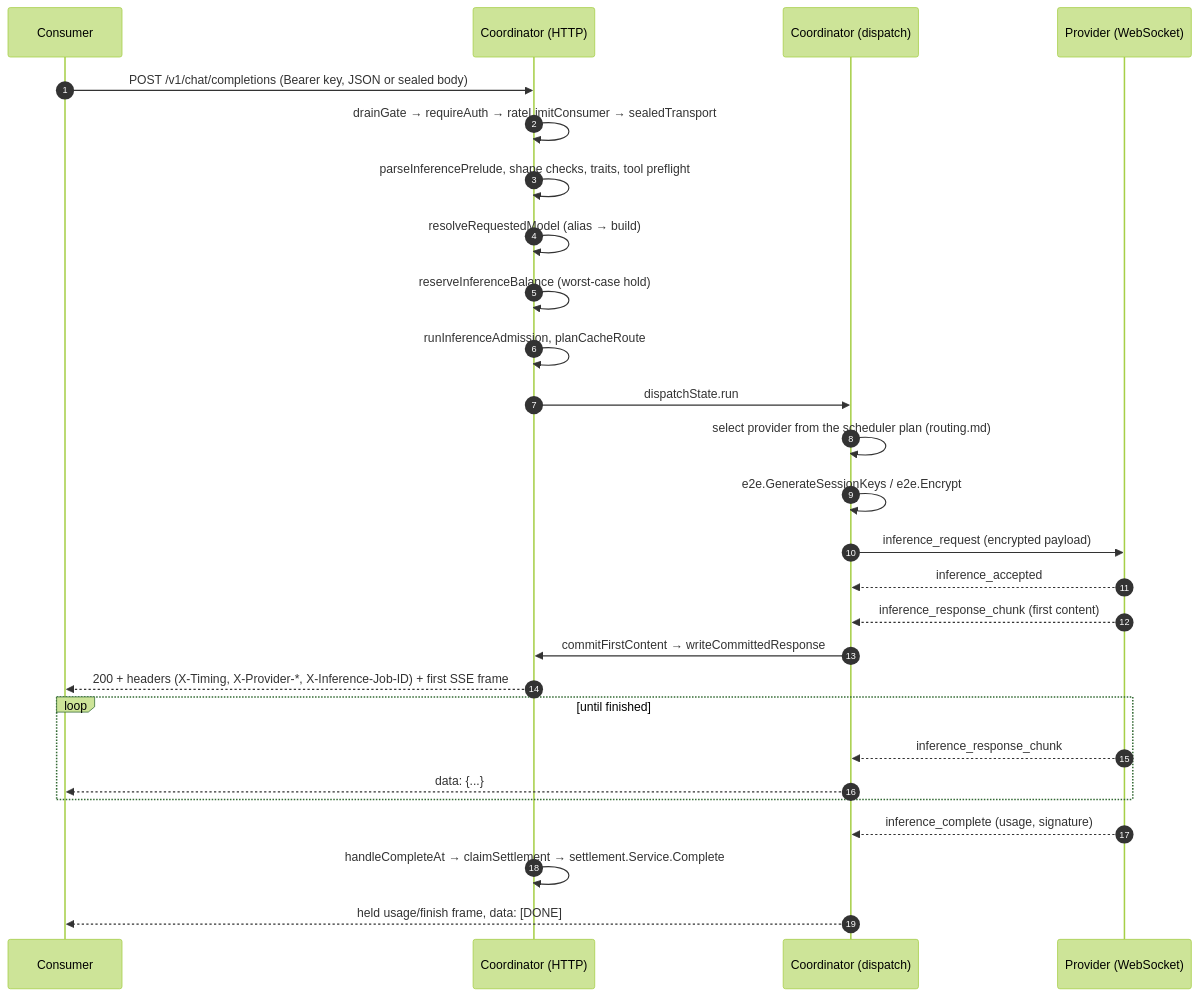
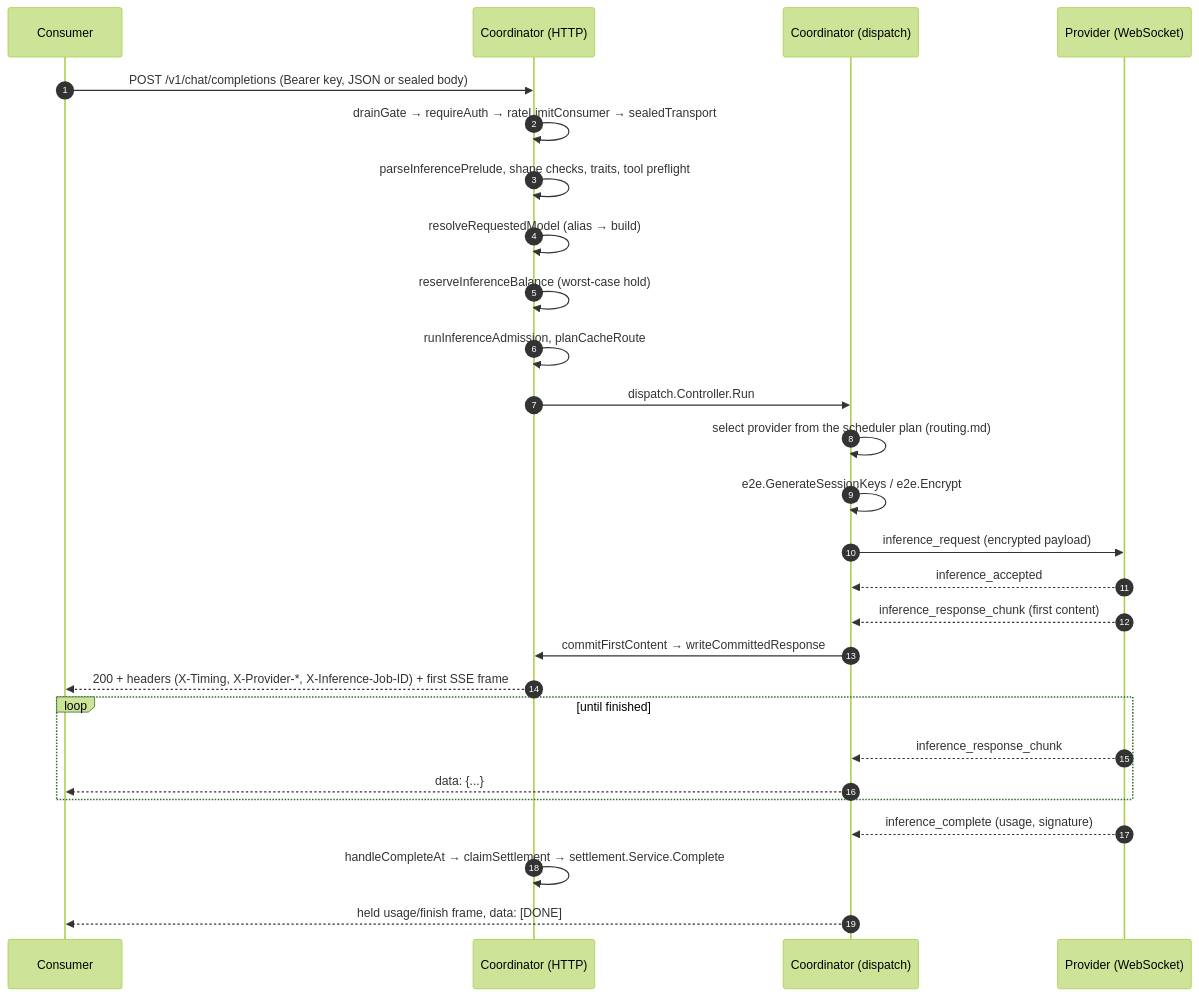
The diagram in docs/architecture/data-flow.md (Layr-Labs/d-inference), drawn with Mermaid (forest theme) before and after one commit. The commit also changed other lines of this file and 25 other files, not shown here.

````diff
--- a/docs/architecture/data-flow.md
+++ b/docs/architecture/data-flow.md
@@ -15,30 +15,30 @@
 ```mermaid
 sequenceDiagram
     autonumber
     participant C as Consumer
     participant K as Coordinator (HTTP)
     participant D as Coordinator (dispatch)
     participant P as Provider (WebSocket)
 
     C->>K: POST /v1/chat/completions (Bearer key, JSON or sealed body)
     K->>K: drainGate → requireAuth → rateLimitConsumer → sealedTransport
     K->>K: parseInferencePrelude, shape checks, traits, tool preflight
     K->>K: resolveRequestedModel (alias → build)
     K->>K: reserveInferenceBalance (worst-case hold)
     K->>K: runInferenceAdmission, planCacheRoute
-    K->>D: dispatchState.run
+    K->>D: dispatch.Controller.Run
     D->>D: select provider from the scheduler plan (routing.md)
     D->>D: e2e.GenerateSessionKeys / e2e.Encrypt
     D->>P: inference_request (encrypted payload)
     P-->>D: inference_accepted
     P-->>D: inference_response_chunk (first content)
     D->>K: commitFirstContent → writeCommittedResponse
     K-->>C: 200 + headers (X-Timing, X-Provider-*, X-Inference-Job-ID) + first SSE frame
     loop until finished
         P-->>D: inference_response_chunk
         D-->>C: data: {...}
     end
     P-->>D: inference_complete (usage, signature)
     K->>K: handleCompleteAt → claimSettlement → settlement.Service.Complete
     D-->>C: held usage/finish frame, data: [DONE]
 ```
````
